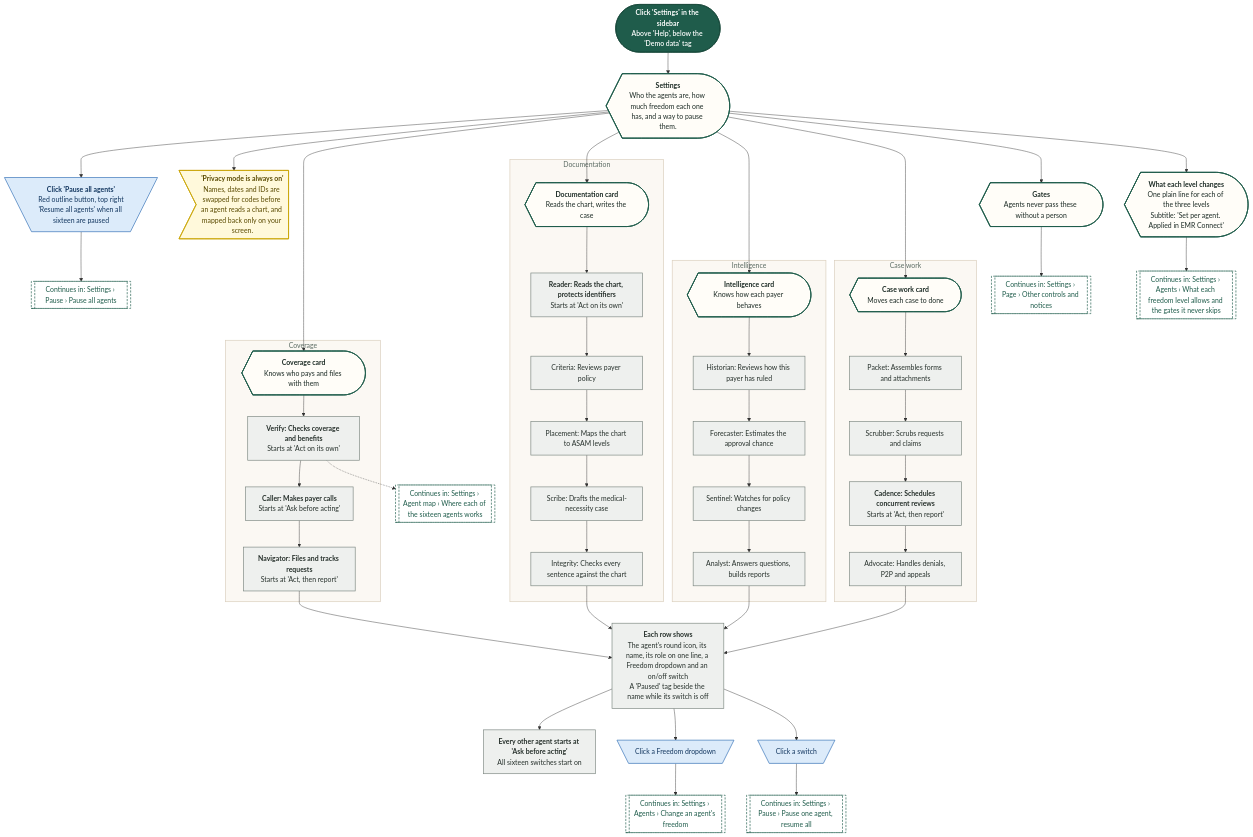
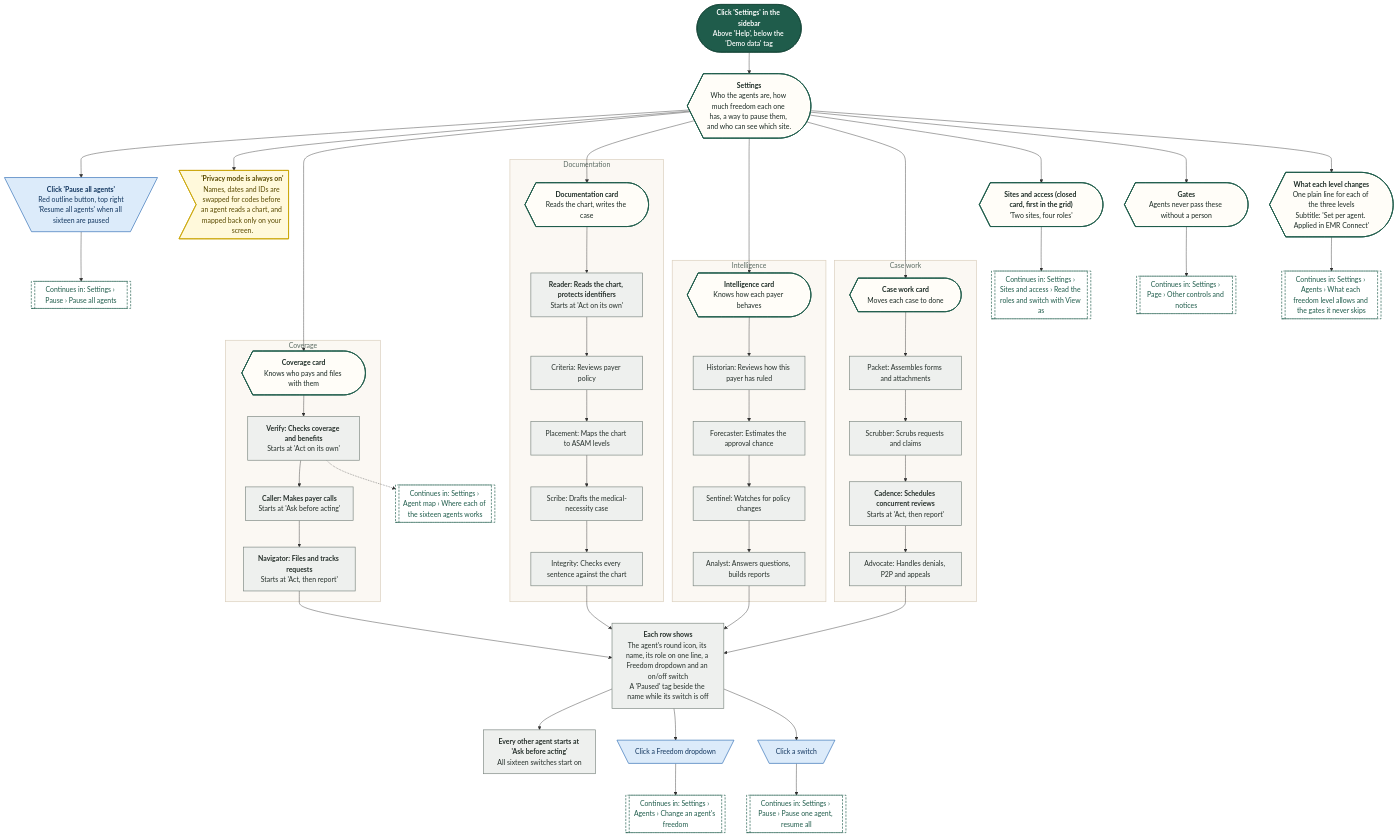
Before and after one commit to Shrav143/psyfloapp: the first of 11 diagrams in demos/prior-auth-demo/workflows/out/md/11-settings.md, drawn with Mermaid. The commit also changed other lines of this file and 251 other files, not shown here.

First line of the commit message:
docs: rebuild the workflow diagrams (291) for round 4

```diff
--- a/demos/prior-auth-demo/workflows/out/md/11-settings.md
+++ b/demos/prior-auth-demo/workflows/out/md/11-settings.md
@@ -32,7 +32,7 @@
   classDef k_toast fill:#FFF9DB,stroke:#C9A400,color:#5A4A00,stroke-width:1.5px
   classDef k_goto fill:#FFFFFF,stroke:#1F5C4B,color:#1F5C4B,stroke-width:1.5px,stroke-dasharray:5 3
   s1@{ shape: stadium, label: "<b>Click 'Settings' in the sidebar</b><br/>Above 'Help', below the 'Demo data' tag" }
-  p1@{ shape: curv-trap, label: "<b>Settings</b><br/>Who the agents are, how much freedom each one has, and a way to pause them." }
+  p1@{ shape: curv-trap, label: "<b>Settings</b><br/>Who the agents are, how much freedom each one has, a way to pause them, and who can see which site." }
   hb@{ shape: trap-t, label: "<b>Click 'Pause all agents'</b><br/>Red outline button, top right<br/>'Resume all agents' when all sixteen are paused" }
   g1@{ shape: subproc, label: "Continues in: Settings › Pause › Pause all agents" }
   bn@{ shape: odd, label: "<b>'Privacy mode is always on'</b><br/>Names, dates and IDs are swapped for codes before an agent reads a chart, and mapped back only on your screen." }
@@ -40,6 +40,8 @@
   lv@{ shape: curv-trap, label: "<b>What each level changes</b><br/>One plain line for each of the three levels<br/>Subtitle: 'Set per agent. Applied in EMR Connect'" }
   g6@{ shape: subproc, label: "Continues in: Settings › Agents › What each freedom level allows and the gates it never skips" }
   g2@{ shape: subproc, label: "Continues in: Settings › Page › Other controls and notices" }
+  sa@{ shape: curv-trap, label: "<b>Sites and access (closed card, first in the grid)</b><br/>'Two sites, four roles'" }
+  gsa@{ shape: subproc, label: "Continues in: Settings › Sites and access › Read the roles and switch with View as" }
   subgraph gCov ["Coverage"]
   c0@{ shape: curv-trap, label: "<b>Coverage card</b><br/>Knows who pays and files with them" }
   c1@{ shape: rect, label: "<b>Verify: Checks coverage and benefits</b><br/>Starts at 'Act on its own'" }
@@ -94,13 +96,14 @@
   row --> st
   row --> fz --> g3
   row --> sw --> g4
+  p1 --> sa --> gsa
   p1 --> gates --> g2
   p1 --> lv --> g6
   c1 -.-> g5
   class s1 k_start
-  class p1,gates,lv,c0,d0,i0,k0 k_screen
+  class p1,gates,lv,sa,c0,d0,i0,k0 k_screen
   class hb,fz,sw k_click
-  class g1,g6,g2,g3,g4,g5 k_goto
+  class g1,g6,g2,gsa,g3,g4,g5 k_goto
   class bn k_toast
   class c1,c2,c3,d1,d2,d3,d4,d5,i1,i2,i3,i4,k1,k2,k3,k4,row,st k_process
   style gCov fill:#FBF8F3,stroke:#D9CDBB,stroke-width:1.5px,color:#5B6B63
```
